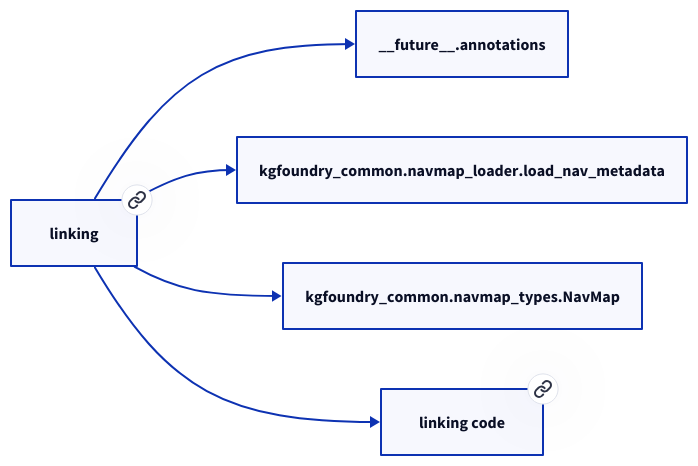
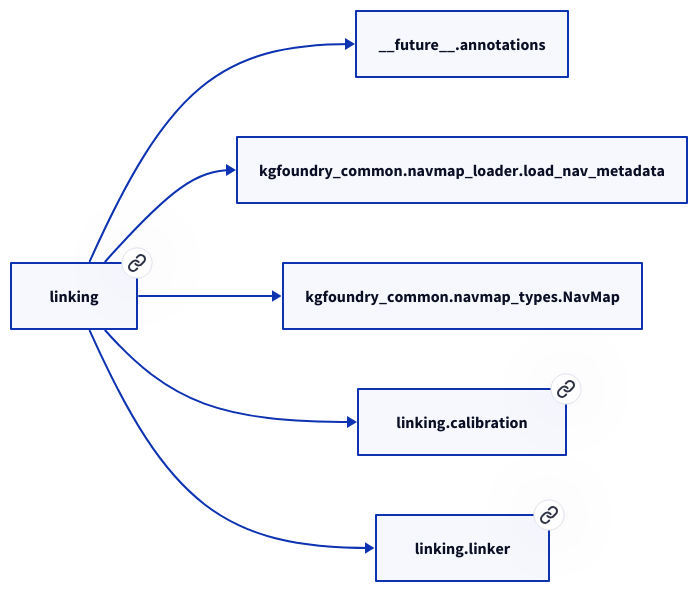
The diagram in docs/modules/linking.md (paul-heyse/kgforge), drawn with D2 before and after one commit. The commit also changed other lines of this file and 208 other files, not shown here.

````diff
--- a/docs/modules/linking.md
+++ b/docs/modules/linking.md
@@ -17,12 +21,14 @@
 ```d2
 direction: right
-"linking": "linking" { link: "./linking.md" }
+"linking": "linking" { link: "https://github.com/paul-heyse/kgfoundry/blob/main/src/linking/__init__.py" }
 "__future__.annotations": "__future__.annotations"
 "linking" -> "__future__.annotations"
 "kgfoundry_common.navmap_loader.load_nav_metadata": "kgfoundry_common.navmap_loader.load_nav_metadata"
 "linking" -> "kgfoundry_common.navmap_loader.load_nav_metadata"
 "kgfoundry_common.navmap_types.NavMap": "kgfoundry_common.navmap_types.NavMap"
 "linking" -> "kgfoundry_common.navmap_types.NavMap"
-"linking_code": "linking code" { link: "https://github.com/kgfoundry/kgfoundry/blob/main/src/linking/__init__.py" }
-"linking" -> "linking_code" { style: dashed }
+"linking.calibration": "linking.calibration" { link: "https://github.com/paul-heyse/kgfoundry/blob/main/src/linking/calibration.py" }
+"linking" -> "linking.calibration" { style: dashed }
+"linking.linker": "linking.linker" { link: "https://github.com/paul-heyse/kgfoundry/blob/main/src/linking/linker.py" }
+"linking" -> "linking.linker" { style: dashed }
 ```
````
